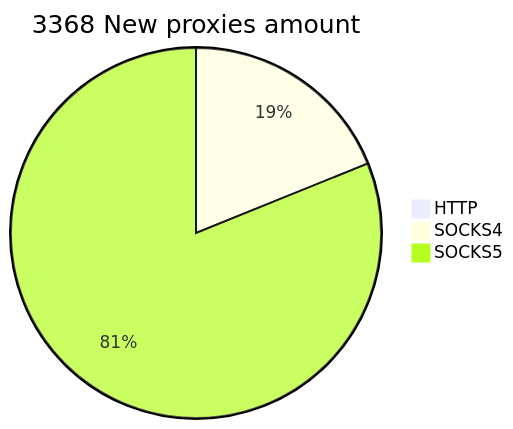
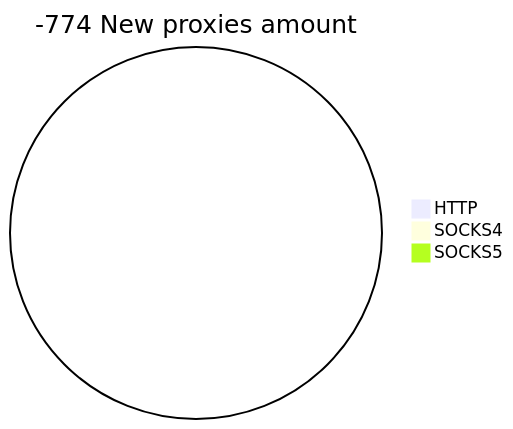
Before and after one commit to cutipu/proxylist: the second of 2 diagrams in README.md, drawn with Mermaid. The commit also changed other lines of this file, not shown here.

````diff
--- a/README.md
+++ b/README.md
@@ -10,6 +10,6 @@
 ```mermaid
-pie title 3368 New proxies amount
+pie title -774 New proxies amount
     "HTTP" : 0
-    "SOCKS4" : 652
-    "SOCKS5" : 2801
+    "SOCKS4" : 0
+    "SOCKS5" : 0
 ```
````
